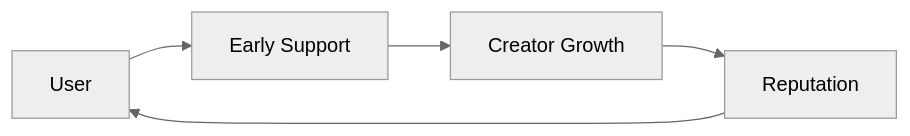
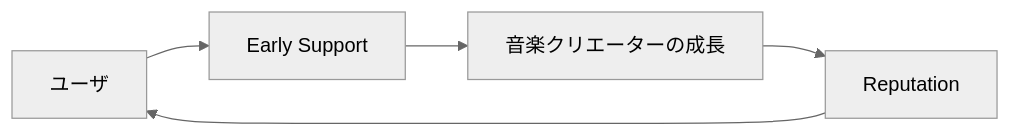
The tenth of 27 diagrams in docs/whitepaper/06-economics-mathjax.md (ShigeichiroYamasaki/creator-first-platform), drawn with Mermaid (neutral theme) before and after one commit. The commit also changed other lines of this file and 67 other files, not shown here.

````diff
--- a/docs/whitepaper/06-economics-mathjax.md
+++ b/docs/whitepaper/06-economics-mathjax.md
@@ -599,12 +599,12 @@
 ```mermaid
 flowchart LR
-    USER[User]
+    USER[ユーザ]
     EARLY[Early Support]
-    CREATOR[Creator Growth]
+    CREATOR[音楽クリエーターの成長]
     REP[Reputation]
 
     USER --> EARLY
     EARLY --> CREATOR
     CREATOR --> REP
     REP --> USER
 ```
````
